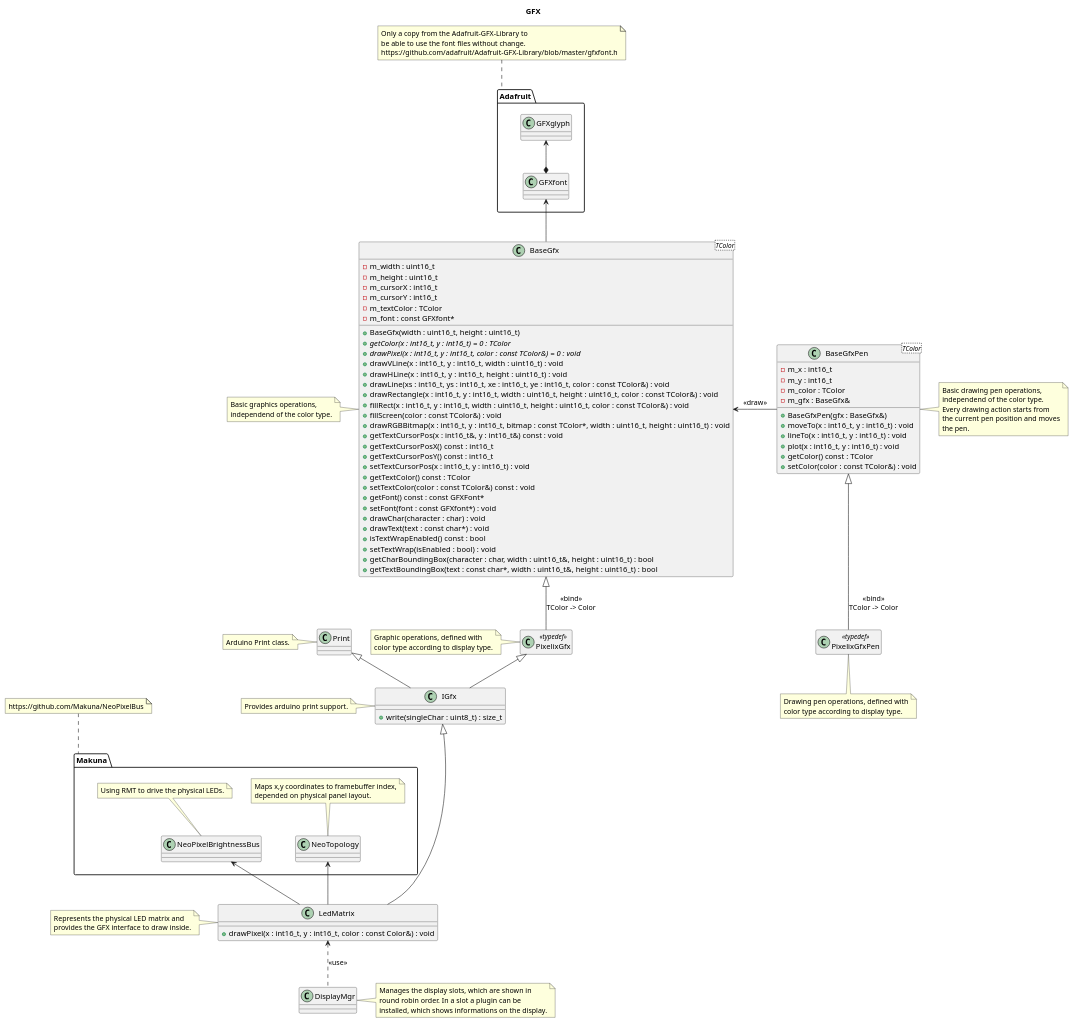
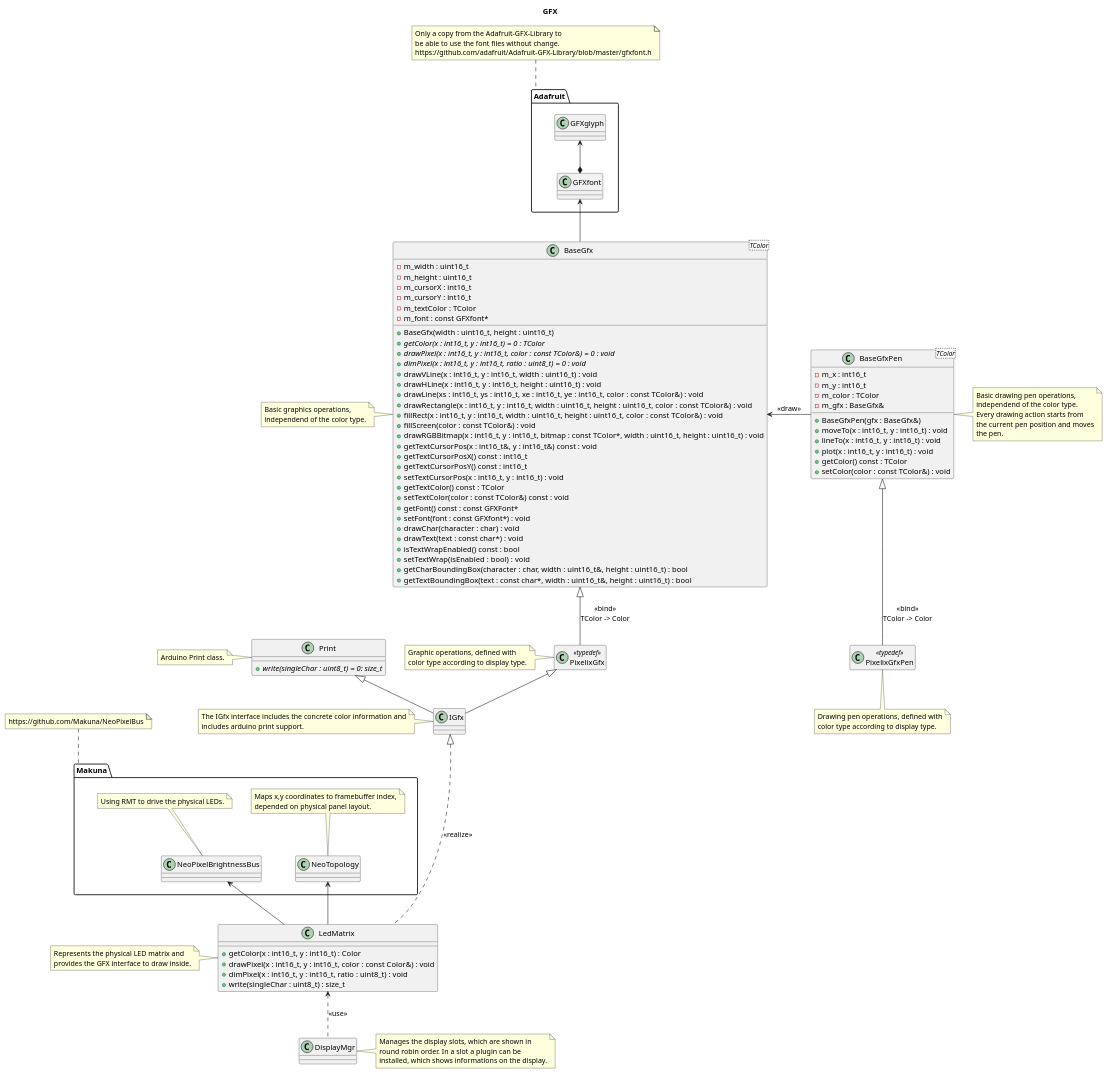
One commit to BlueAndi/Pixelix changed the diagram in doc/design/gfx.plantuml. Above: the diagram before and after it, drawn with PlantUML. The commit also changed 4 other files, not shown here.

Commit message:
Keep IGfx as pure interface.

```diff
--- a/doc/design/gfx.plantuml
+++ b/doc/design/gfx.plantuml
@@ -1,161 +1,167 @@
 @startuml
 
 title GFX
 
 package "Makuna" {
     class "NeoPixelBrightnessBus" as neoPixelBrightnessBus
 
     note top of neoPixelBrightnessBus
         Using RMT to drive the physical LEDs.
     end note
 
     class "NeoTopology" as neoTopology
 
     note top of neoTopology
         Maps x,y coordinates to framebuffer index,
         depended on physical panel layout.
     end note
 }
 
 note top of Makuna
     https://github.com/Makuna/NeoPixelBus
 end note
 
 package "Adafruit" {
 
     class "GFXglyph" as gfxGlyph
     class "GFXfont" as gfxFont
 
     gfxGlyph <--* gfxFont
 }
 
 note top of Adafruit
     Only a copy from the Adafruit-GFX-Library to
     be able to use the font files without change.
     https://github.com/adafruit/Adafruit-GFX-Library/blob/master/gfxfont.h
 end note
 
 class "BaseGfx<TColor>" as baseGfx {
     - m_width : uint16_t
     - m_height : uint16_t
     - m_cursorX : int16_t
     - m_cursorY : int16_t
     - m_textColor : TColor
     - m_font : const GFXfont*
     + BaseGfx(width : uint16_t, height : uint16_t)
     + {abstract} getColor(x : int16_t, y : int16_t) = 0 : TColor
     + {abstract} drawPixel(x : int16_t, y : int16_t, color : const TColor&) = 0 : void
+    + {abstract} dimPixel(x : int16_t, y : int16_t, ratio : uint8_t) = 0 : void
     + drawVLine(x : int16_t, y : int16_t, width : uint16_t) : void
     + drawHLine(x : int16_t, y : int16_t, height : uint16_t) : void
     + drawLine(xs : int16_t, ys : int16_t, xe : int16_t, ye : int16_t, color : const TColor&) : void
     + drawRectangle(x : int16_t, y : int16_t, width : uint16_t, height : uint16_t, color : const TColor&) : void
     + fillRect(x : int16_t, y : int16_t, width : uint16_t, height : uint16_t, color : const TColor&) : void
     + fillScreen(color : const TColor&) : void
     + drawRGBBitmap(x : int16_t, y : int16_t, bitmap : const TColor*, width : uint16_t, height : uint16_t) : void
     + getTextCursorPos(x : int16_t&, y : int16_t&) const : void
     + getTextCursorPosX() const : int16_t
     + getTextCursorPosY() const : int16_t
     + setTextCursorPos(x : int16_t, y : int16_t) : void
     + getTextColor() const : TColor
     + setTextColor(color : const TColor&) const : void
     + getFont() const : const GFXFont*
     + setFont(font : const GFXfont*) : void
     + drawChar(character : char) : void
     + drawText(text : const char*) : void
     + isTextWrapEnabled() const : bool
     + setTextWrap(isEnabled : bool) : void
     + getCharBoundingBox(character : char, width : uint16_t&, height : uint16_t) : bool
     + getTextBoundingBox(text : const char*, width : uint16_t&, height : uint16_t) : bool
 }
 
 note left of baseGfx
     Basic graphics operations,
     independend of the color type.
 end note
 
 gfxFont <-- baseGfx
 
 class "BaseGfxPen<TColor>" as baseGfxPen {
     - m_x : int16_t
     - m_y : int16_t
     - m_color : TColor
     - m_gfx : BaseGfx&
     + BaseGfxPen(gfx : BaseGfx&)
     + moveTo(x : int16_t, y : int16_t) : void
     + lineTo(x : int16_t, y : int16_t) : void
     + plot(x : int16_t, y : int16_t) : void
     + getColor() const : TColor
     + setColor(color : const TColor&) : void
 }
 
 note right of baseGfxPen
     Basic drawing pen operations,
     independend of the color type.
     Every drawing action starts from
     the current pen position and moves
     the pen.
 end note
 
 baseGfx <- baseGfxPen: <<draw>>
 
 class PixelixGfx <<typedef>>
 hide PixelixGfx members
 
 note left of PixelixGfx
     Graphic operations, defined with
     color type according to display type.
 end note
 
 baseGfx <|-- PixelixGfx: <<bind>>\nTColor -> Color
 
 class PixelixGfxPen <<typedef>>
 hide PixelixGfxPen members
 
 note bottom of PixelixGfxPen
     Drawing pen operations, defined with
     color type according to display type.
 end note
 
 baseGfxPen <|-- PixelixGfxPen: <<bind>>\nTColor -> Color
 
-class "Print" as print
+class "Print" as print {
+    +{abstract} write(singleChar : uint8_t) = 0: size_t
+}
 
 note left of print
     Arduino Print class.
 end note
 
 class "IGfx" as igfx {
-    + write(singleChar : uint8_t) : size_t
 }
 
 note left of igfx
-    Provides arduino print support.
+    The IGfx interface includes the concrete color information and
+    includes arduino print support.
 end note
 
 PixelixGfx <|-- igfx
 print <|-- igfx
 
 class "LedMatrix" as ledMatrix {
+    + getColor(x : int16_t, y : int16_t) : Color
     + drawPixel(x : int16_t, y : int16_t, color : const Color&) : void
+    + dimPixel(x : int16_t, y : int16_t, ratio : uint8_t) : void
+    + write(singleChar : uint8_t) : size_t
 }
 
 note left of ledMatrix
     Represents the physical LED matrix and
     provides the GFX interface to draw inside.
 end note
 
-igfx <|---- ledMatrix
+igfx <|.... ledMatrix: <<realize>>
 neoPixelBrightnessBus <-- ledMatrix
 neoTopology <-- ledMatrix
 
 class "DisplayMgr" as displayMgr
 
 note right of displayMgr
     Manages the display slots, which are shown in
     round robin order. In a slot a plugin can be
     installed, which shows informations on the display.
 end note
 
 ledMatrix <.. displayMgr: <<use>>
 
 @enduml
```
